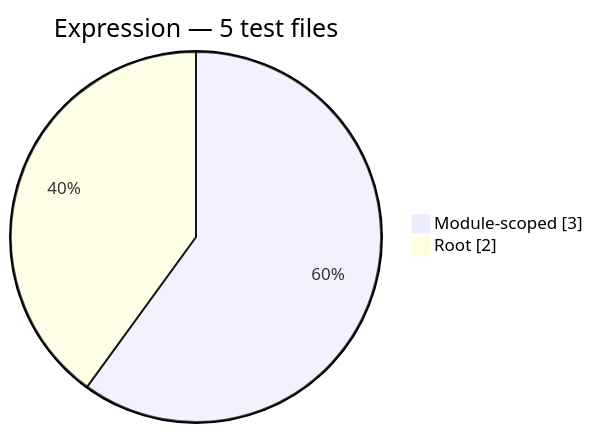
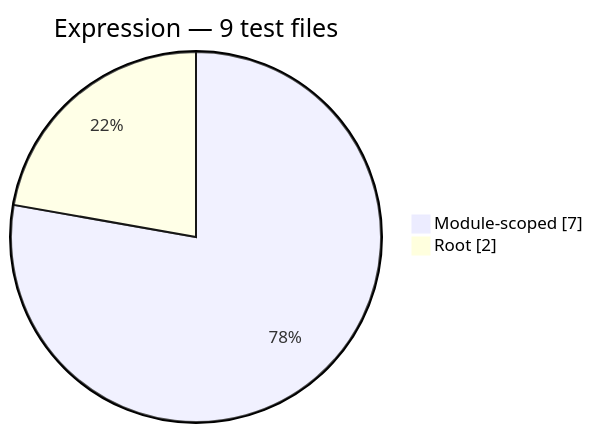
The second of 12 diagrams in docs/generated/test-composition.md (Mohammed-Alama/php-arazzo), drawn with Mermaid before and after one commit. The commit also changed other lines of this file and 29 other files, not shown here.

````diff
--- a/docs/generated/test-composition.md
+++ b/docs/generated/test-composition.md
@@ -28,6 +28,6 @@
 ```mermaid
 pie showData
-    title Expression — 5 test files
-    "Module-scoped": 3
+    title Expression — 9 test files
+    "Module-scoped": 7
     "Root": 2
 ```
````
